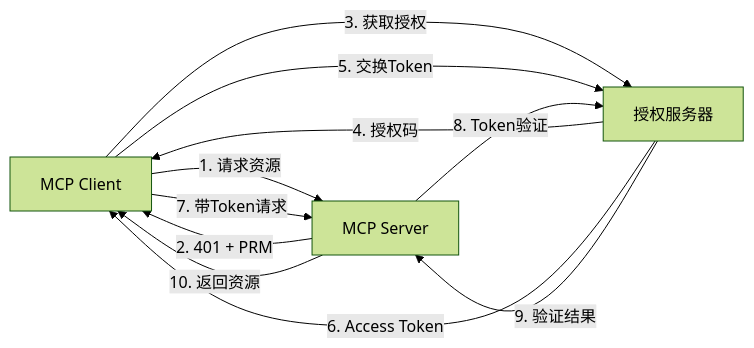
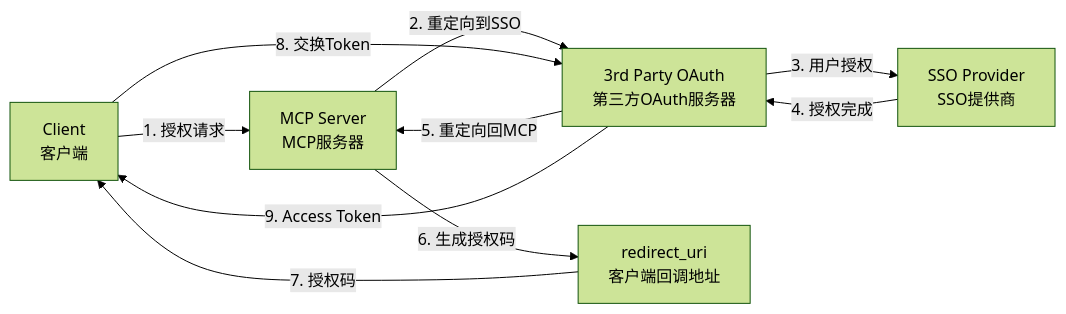
One commit to SilenceDiors/silencediors.github.io changed the third of 6 diagrams in _posts/2024-01-01-welcome.md. Above: the diagram before and after it, drawn with Mermaid (forest theme). The commit also changed other lines of this file, not shown here.

```diff
--- a/_posts/2024-01-01-welcome.md
+++ b/_posts/2024-01-01-welcome.md
@@ -176,13 +244,12 @@
 <div class="mermaid">
 graph LR
-    A[MCP Client] -->|1. 请求资源| B[MCP Server]
-    B -->|2. 401 + PRM| A
-    A -->|3. 获取授权| C[授权服务器]
-    C -->|4. 授权码| A
-    A -->|5. 交换Token| C
-    C -->|6. Access Token| A
-    A -->|7. 带Token请求| B
-    B -->|8. Token验证| C
-    C -->|9. 验证结果| B
-    B -->|10. 返回资源| A
+    A[Client<br/>客户端] -->|1. 授权请求| B[MCP Server<br/>MCP服务器]
+    B -->|2. 重定向到SSO| C[3rd Party OAuth<br/>第三方OAuth服务器]
+    C -->|3. 用户授权| D[SSO Provider<br/>SSO提供商]
+    D -->|4. 授权完成| C
+    C -->|5. 重定向回MCP| B
+    B -->|6. 生成授权码| E[redirect_uri<br/>客户端回调地址]
+    E -->|7. 授权码| A
+    A -->|8. 交换Token| C
+    C -->|9. Access Token| A
 </div>
```
